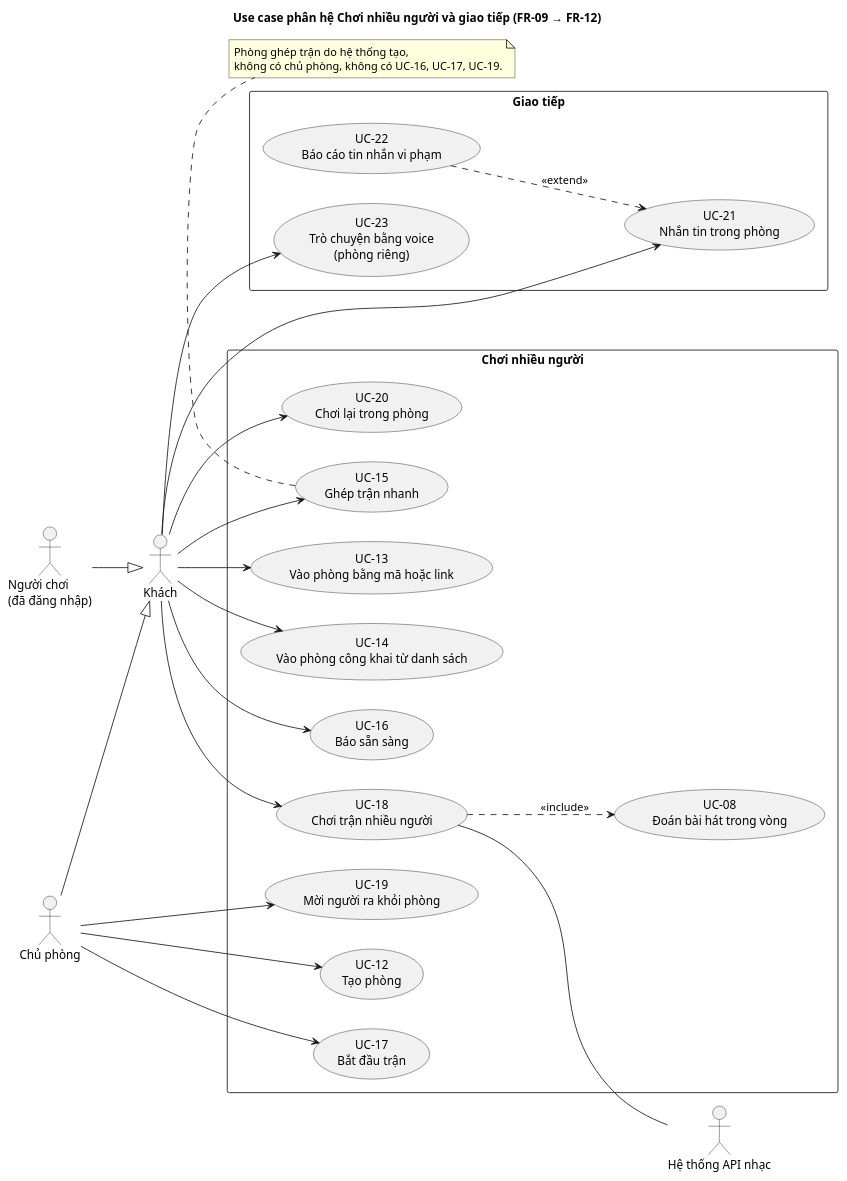
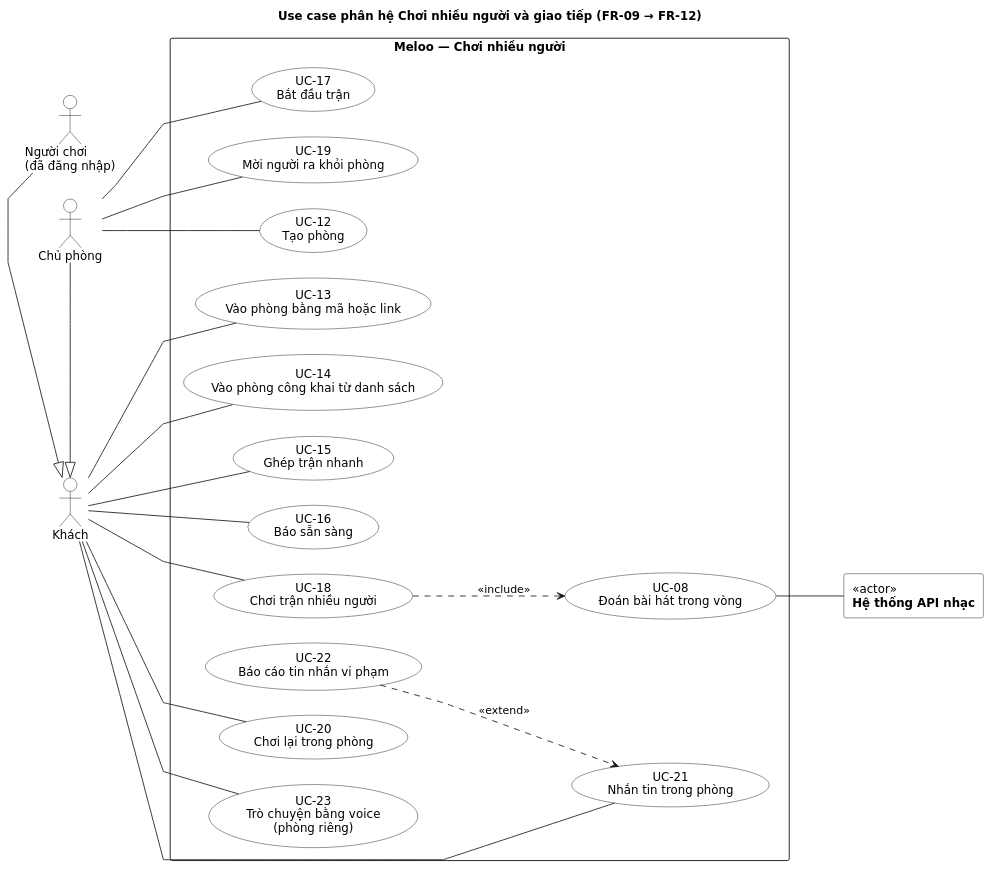
The diagram in docs/uml/usecase/uc-03-nhieu-nguoi.puml (ThaiDevv/meloo), drawn with PlantUML before and after one commit. The commit also changed 12 other files, not shown here.

Commit message:
docs(uml): vẽ lại sơ đồ use case theo khung hệ thống, đủ 34 use case

```diff
--- a/docs/uml/usecase/uc-03-nhieu-nguoi.puml
+++ b/docs/uml/usecase/uc-03-nhieu-nguoi.puml
@@ -1,54 +1,57 @@
 @startuml uc-03-nhieu-nguoi
 title Use case phân hệ Chơi nhiều người và giao tiếp (FR-09 → FR-12)
 left to right direction
 skinparam shadowing false
-skinparam packageStyle rectangle
+skinparam linetype polyline
+skinparam nodesep 30
+skinparam ranksep 80
+skinparam defaultFontName DejaVu Sans
+skinparam usecase {
+  BackgroundColor white
+  BorderColor black
+}
+skinparam actor {
+  BackgroundColor white
+  BorderColor black
+}
+skinparam rectangle {
+  BackgroundColor white
+  BorderColor black
+}
 
 actor "Khách" as Khach
 actor "Người chơi\n(đã đăng nhập)" as NguoiChoi
+NguoiChoi -|> Khach
 actor "Chủ phòng" as ChuPhong
-actor "Hệ thống API nhạc" as MusicAPI
-
-NguoiChoi --|> Khach
-ChuPhong --|> Khach
-
-rectangle "Chơi nhiều người" {
+ChuPhong -|> Khach
+rectangle "<<actor>>\n**Hệ thống API nhạc**" as Music
+rectangle "**Meloo — Chơi nhiều người**" {
   usecase "UC-12\nTạo phòng" as UC12
   usecase "UC-13\nVào phòng bằng mã hoặc link" as UC13
   usecase "UC-14\nVào phòng công khai từ danh sách" as UC14
   usecase "UC-15\nGhép trận nhanh" as UC15
   usecase "UC-16\nBáo sẵn sàng" as UC16
   usecase "UC-17\nBắt đầu trận" as UC17
+  usecase "UC-19\nMời người ra khỏi phòng" as UC19
   usecase "UC-18\nChơi trận nhiều người" as UC18
   usecase "UC-08\nĐoán bài hát trong vòng" as UC08
-  usecase "UC-19\nMời người ra khỏi phòng" as UC19
-  usecase "UC-20\nChơi lại trong phòng" as UC20
-}
-
-rectangle "Giao tiếp" {
   usecase "UC-21\nNhắn tin trong phòng" as UC21
   usecase "UC-22\nBáo cáo tin nhắn vi phạm" as UC22
+  usecase "UC-20\nChơi lại trong phòng" as UC20
   usecase "UC-23\nTrò chuyện bằng voice\n(phòng riêng)" as UC23
 }
-
-Khach --> UC13
-Khach --> UC14
-Khach --> UC15
-Khach --> UC16
-Khach --> UC18
-Khach --> UC20
-Khach --> UC21
-Khach --> UC23
-ChuPhong --> UC12
-ChuPhong --> UC17
-ChuPhong --> UC19
-
+ChuPhong -- UC12
+ChuPhong -- UC17
+ChuPhong -- UC19
+Khach -- UC13
+Khach -- UC14
+Khach -- UC15
+Khach -- UC16
+Khach -- UC18
+Khach -- UC20
+Khach -- UC21
+Khach -- UC23
 UC18 ..> UC08 : <<include>>
 UC22 ..> UC21 : <<extend>>
-UC18 -- MusicAPI
-
-note bottom of UC15
-  Phòng ghép trận do hệ thống tạo,
-  không có chủ phòng, không có UC-16, UC-17, UC-19.
-end note
+UC08 -- Music
 @enduml
```
